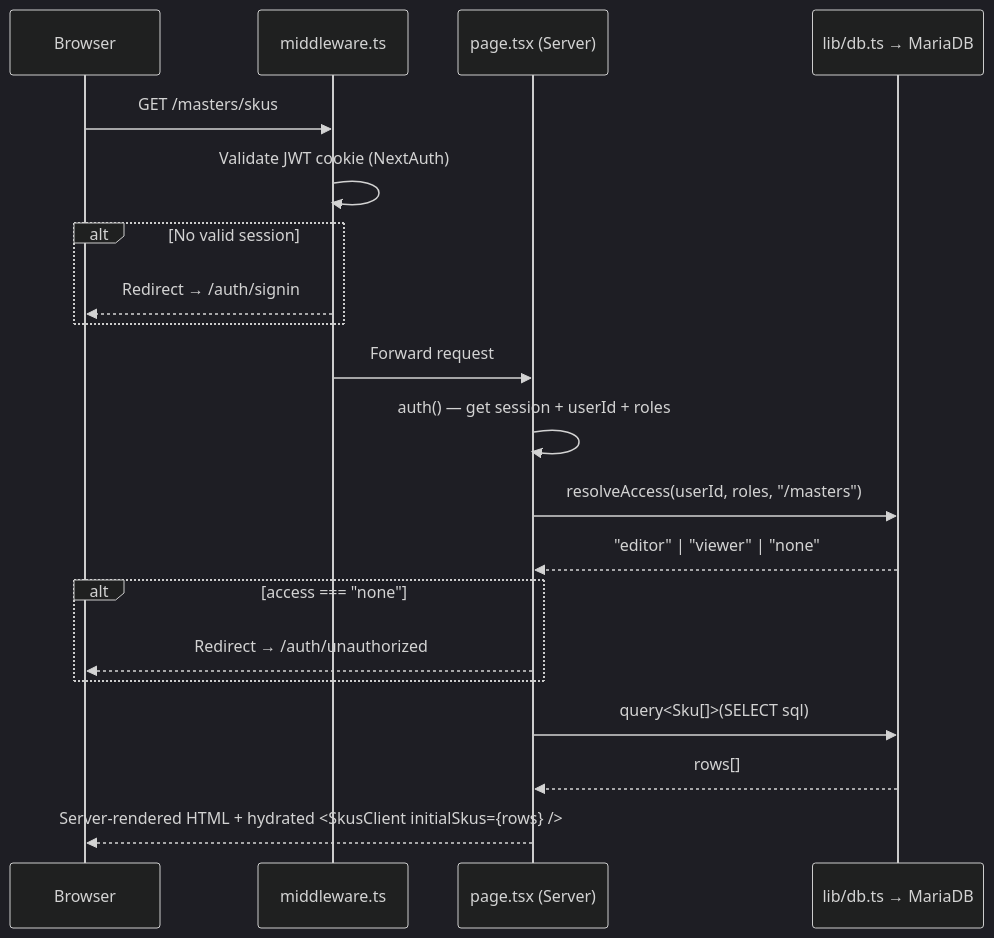
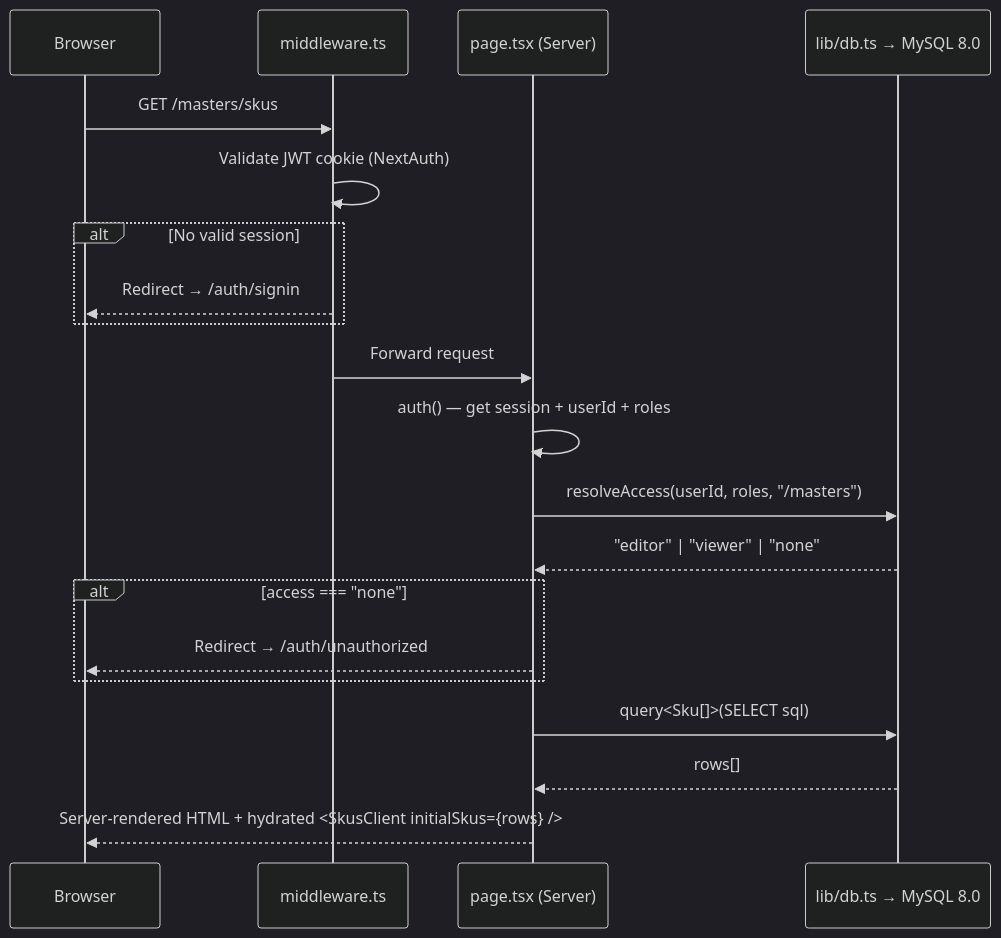
One commit to ERP-PreFg-Admin/ERP-Prefg-Tool changed the second of 3 diagrams in erp_project/docs/architecture.md. Above: the diagram before and after it, drawn with Mermaid (dark theme). The commit also changed other lines of this file and 41 other files, not shown here.

````diff
--- a/erp_project/docs/architecture.md
+++ b/erp_project/docs/architecture.md
@@ -48,23 +49,23 @@
 ```mermaid
 sequenceDiagram
     participant B as Browser
     participant M as middleware.ts
     participant P as page.tsx (Server)
-    participant DB as lib/db.ts → MariaDB
+    participant DB as lib/db.ts → MySQL 8.0
 
     B->>M: GET /masters/skus
     M->>M: Validate JWT cookie (NextAuth)
     alt No valid session
         M-->>B: Redirect → /auth/signin
     end
     M->>P: Forward request
     P->>P: auth() — get session + userId + roles
     P->>DB: resolveAccess(userId, roles, "/masters")
     DB-->>P: "editor" | "viewer" | "none"
     alt access === "none"
         P-->>B: Redirect → /auth/unauthorized
     end
     P->>DB: query<Sku[]>(SELECT sql)
     DB-->>P: rows[]
     P-->>B: Server-rendered HTML + hydrated <SkusClient initialSkus={rows} />
 ```
````
